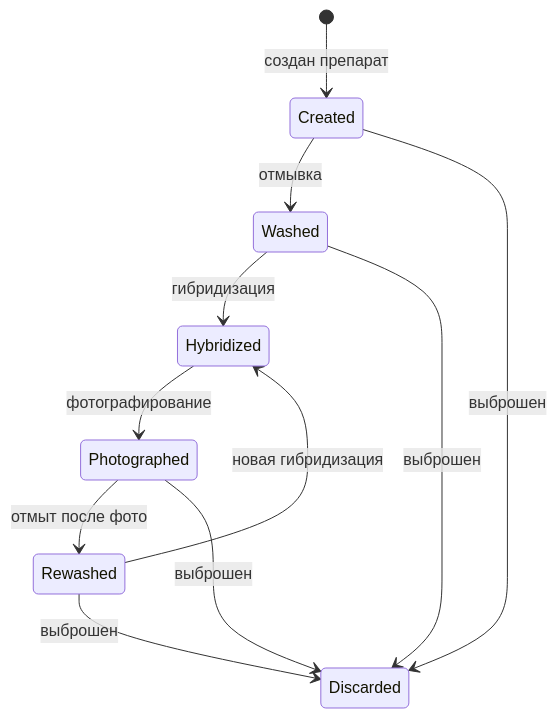
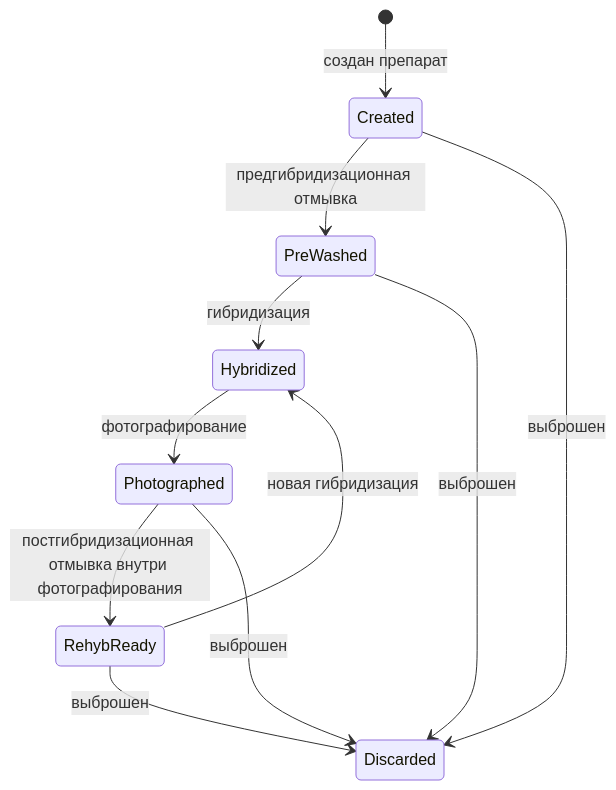
One commit to Sycheslav/karyolab changed the third of 4 diagrams in docs/журнал/03_статусы_и_жизненные_циклы.md. Above: the diagram before and after it, drawn with Mermaid. The commit also changed other lines of this file and 85 other files, not shown here.

````diff
--- a/docs/журнал/03_статусы_и_жизненные_циклы.md
+++ b/docs/журнал/03_статусы_и_жизненные_циклы.md
@@ -54,13 +54,13 @@
 ```mermaid
 stateDiagram-v2
     [*] --> Created: создан препарат
-    Created --> Washed: отмывка
-    Washed --> Hybridized: гибридизация
+    Created --> PreWashed: предгибридизационная отмывка
+    PreWashed --> Hybridized: гибридизация
     Hybridized --> Photographed: фотографирование
-    Photographed --> Rewashed: отмыт после фото
-    Rewashed --> Hybridized: новая гибридизация
+    Photographed --> RehybReady: постгибридизационная отмывка внутри фотографирования
+    RehybReady --> Hybridized: новая гибридизация
     Photographed --> Discarded: выброшен
     Created --> Discarded: выброшен
-    Washed --> Discarded: выброшен
-    Rewashed --> Discarded: выброшен
+    PreWashed --> Discarded: выброшен
+    RehybReady --> Discarded: выброшен
 ```
````
